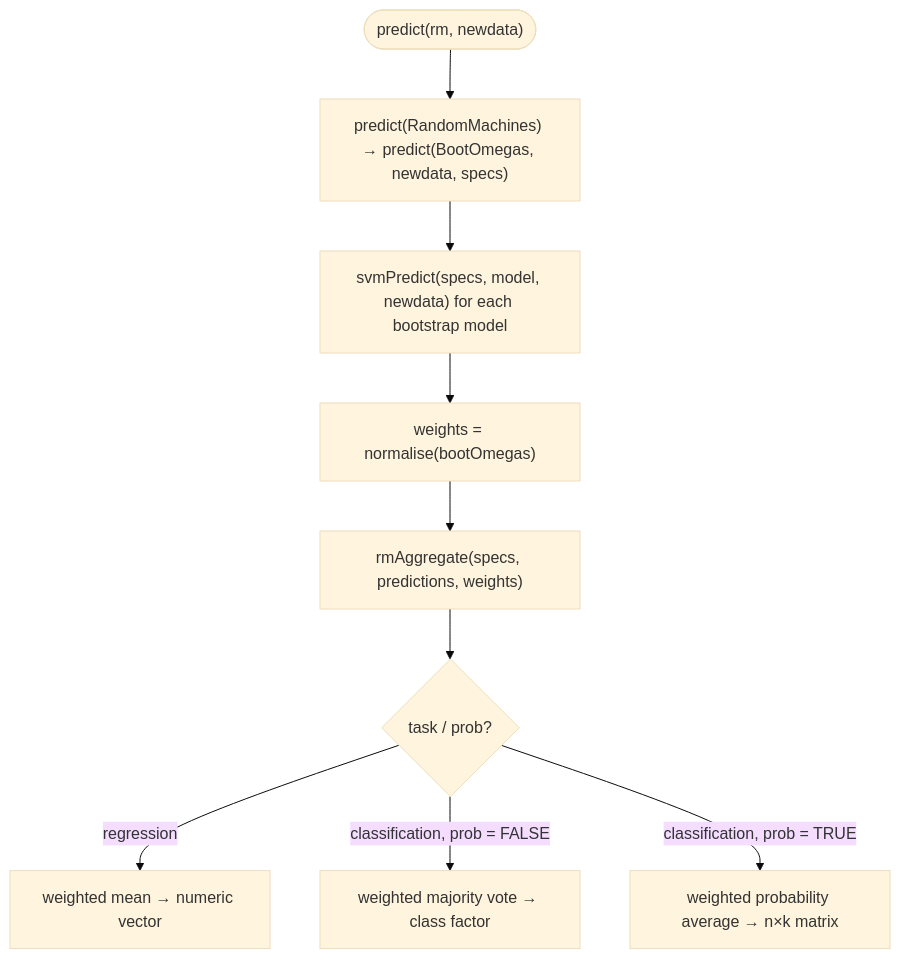
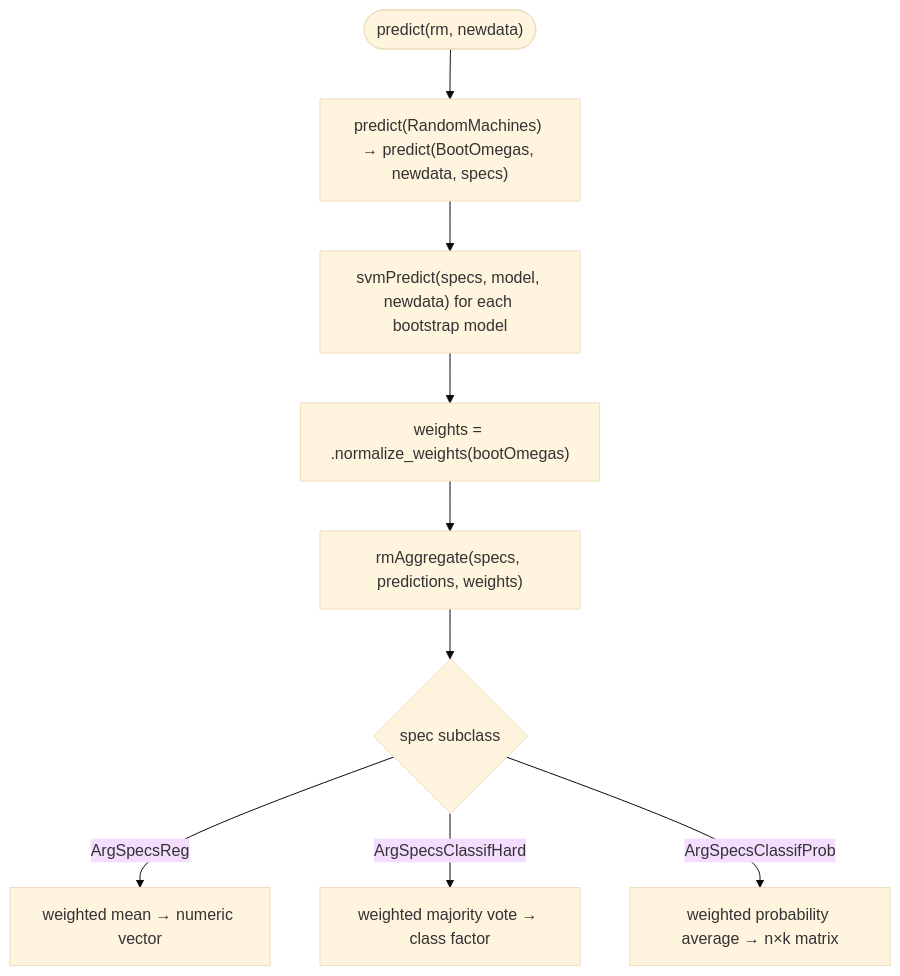
The third of 3 diagrams in ARCHITECTURE.md (Vitor-Pignatari/Random-Machines), drawn with Mermaid (base theme) before and after one commit. The commit also changed other lines of this file and 69 other files, not shown here.

````diff
--- a/ARCHITECTURE.md
+++ b/ARCHITECTURE.md
@@ -165,12 +212,12 @@
 ```mermaid
 flowchart TD
   ND(["predict(rm, newdata)"])
   ND --> PR["predict(RandomMachines) → predict(BootOmegas, newdata, specs)"]
   PR --> SP["svmPredict(specs, model, newdata) for each bootstrap model"]
-  SP --> W["weights = normalise(bootOmegas)"]
+  SP --> W["weights = .normalize_weights(bootOmegas)"]
   W --> AGG["rmAggregate(specs, predictions, weights)"]
-  AGG --> Q{"task / prob?"}
-  Q -->|"regression"| RN["weighted mean → numeric vector"]
-  Q -->|"classification, prob = FALSE"| RV["weighted majority vote → class factor"]
-  Q -->|"classification, prob = TRUE"| RP["weighted probability average → n×k matrix"]
+  AGG --> Q{"spec subclass"}
+  Q -->|"ArgSpecsReg"| RN["weighted mean → numeric vector"]
+  Q -->|"ArgSpecsClassifHard"| RV["weighted majority vote → class factor"]
+  Q -->|"ArgSpecsClassifProb"| RP["weighted probability average → n×k matrix"]
 ```
````
